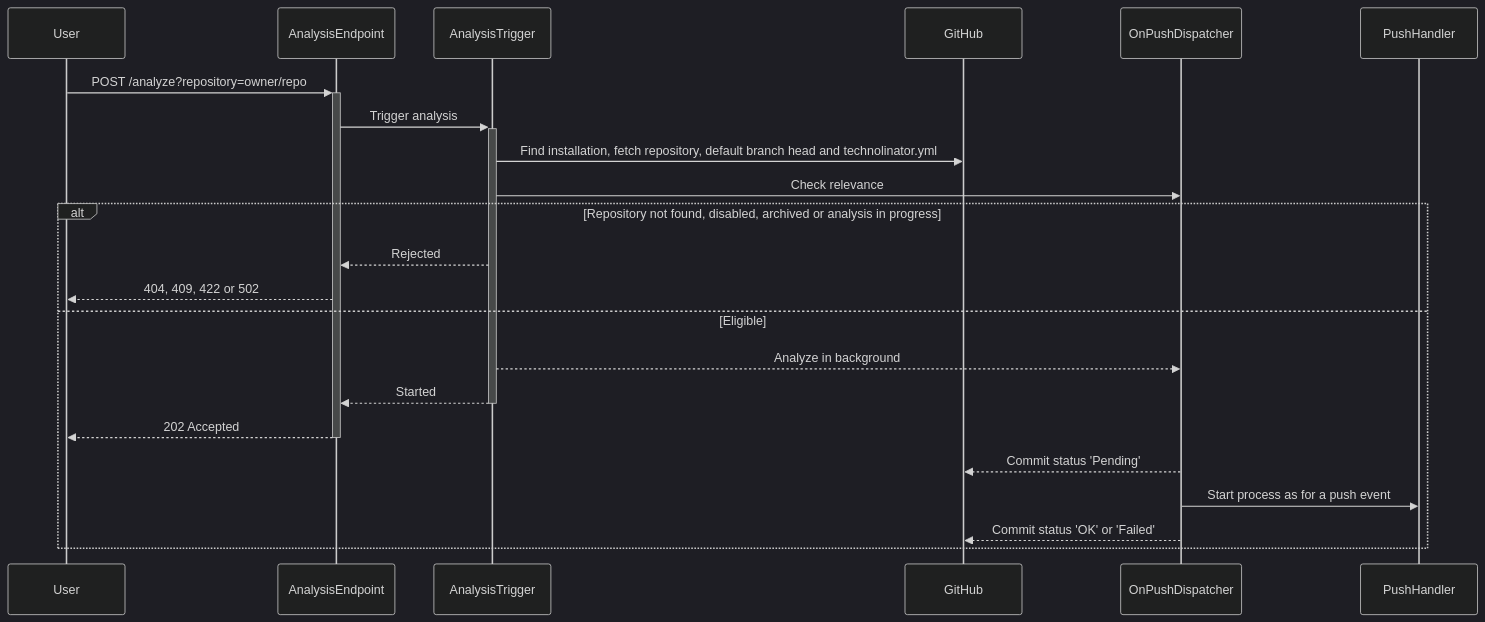
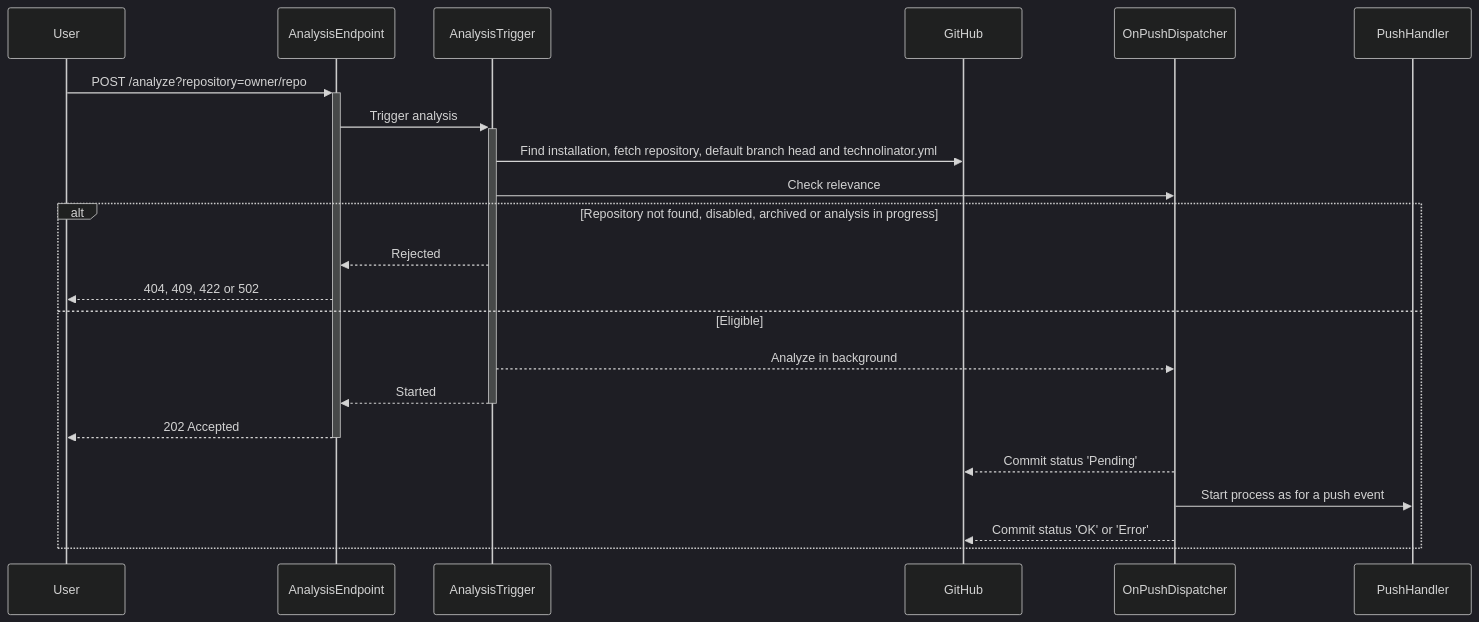
One commit to MediaMarktSaturn/technolinator changed the second of 3 diagrams in docs/Project_Structure.md. Above: the diagram before and after it, drawn with Mermaid (dark theme). The commit also changed other lines of this file and 34 other files, not shown here.

Commit message:
feat: Rework commit status and update metrics from dtrack

````diff
--- a/docs/Project_Structure.md
+++ b/docs/Project_Structure.md
@@ -45,22 +53,22 @@
 ```mermaid
 sequenceDiagram
 
     User ->>+ AnalysisEndpoint: POST /analyze?repository=owner/repo
     AnalysisEndpoint ->>+ AnalysisTrigger: Trigger analysis
 
     AnalysisTrigger ->> GitHub: Find installation, fetch repository, default branch head and technolinator.yml
     AnalysisTrigger ->> OnPushDispatcher: Check relevance
 
     alt Repository not found, disabled, archived or analysis in progress
         AnalysisTrigger -->> AnalysisEndpoint: Rejected
         AnalysisEndpoint -->> User: 404, 409, 422 or 502
     else Eligible
         AnalysisTrigger -->> OnPushDispatcher: Analyze in background
         AnalysisTrigger -->>- AnalysisEndpoint: Started
         AnalysisEndpoint -->>- User: 202 Accepted
 
         OnPushDispatcher -->> GitHub: Commit status 'Pending'
         OnPushDispatcher ->> PushHandler: Start process as for a push event
-        OnPushDispatcher -->> GitHub: Commit status 'OK' or 'Failed'
+        OnPushDispatcher -->> GitHub: Commit status 'OK' or 'Error'
     end
 ```
````
